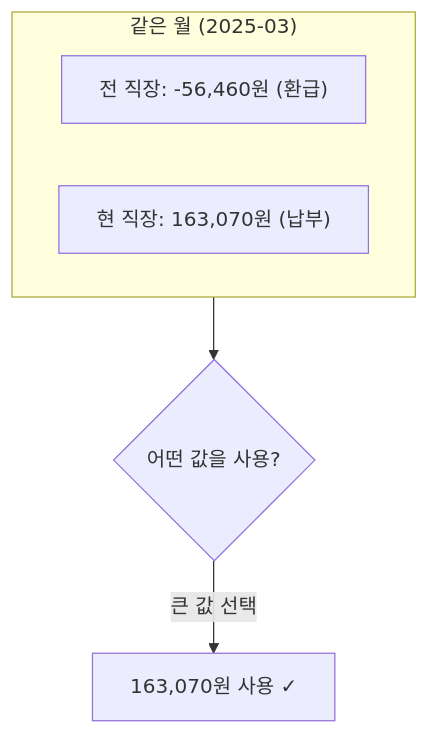
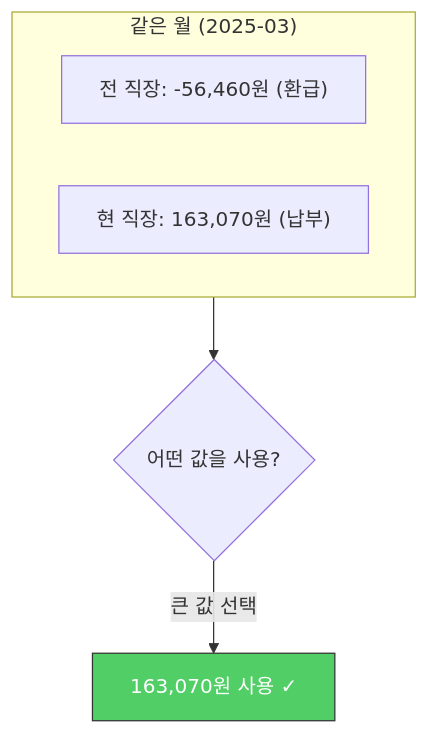
Before and after one commit to Gyubster/til: the fifth of 7 diagrams in _posts/2025-12-05-건강보험-연소득-산정의-엣지케이스-비즈니스-규칙이-코드보다-어려울-때.md, drawn with Mermaid. The commit also changed other lines of this file and 11 other files, not shown here.

````diff
--- a/_posts/2025-12-05-건강보험-연소득-산정의-엣지케이스-비즈니스-규칙이-코드보다-어려울-때.md
+++ b/_posts/2025-12-05-건강보험-연소득-산정의-엣지케이스-비즈니스-규칙이-코드보다-어려울-때.md
@@ -97,10 +98,11 @@
 ```mermaid
 flowchart TD
     subgraph same_month["같은 월 (2025-03)"]
         A["전 직장: -56,460원 (환급)"]
         B["현 직장: 163,070원 (납부)"]
     end
     C{"어떤 값을 사용?"}
     same_month --> C
     C -->|"큰 값 선택"| D["163,070원 사용 ✓"]
+    style D fill:#51cf66,stroke:#333,color:#fff
 ```
````
